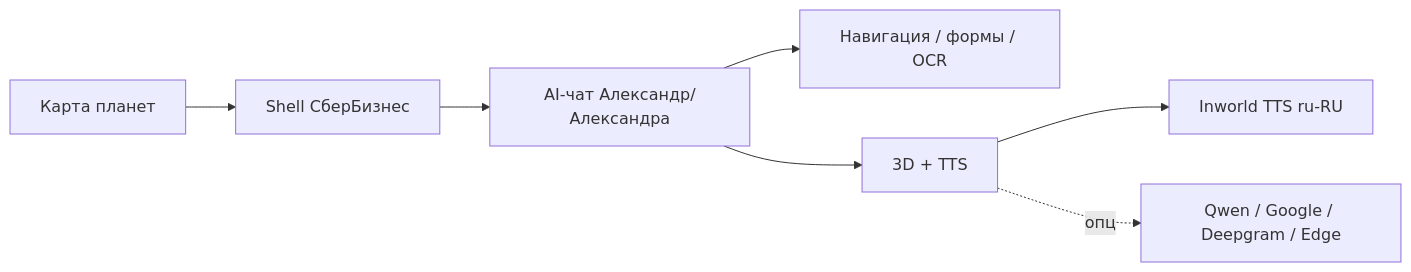
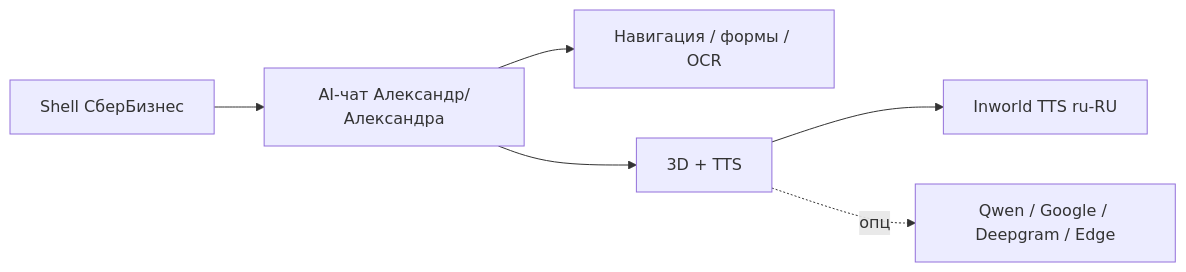
The diagram in docs/README.md (grrraaaa/mvp), drawn with Mermaid before and after one commit. The commit also changed other lines of this file and 28 other files, not shown here.

````diff
--- a/docs/README.md
+++ b/docs/README.md
@@ -34,9 +35,8 @@
 ```mermaid
 flowchart LR
     A[Shell СберБизнес] --> B[AI-чат Александр/Александра]
     B --> C[Навигация / формы / OCR]
     B --> D[3D + TTS]
-    E[Карта планет] --> A
-    D --> F[Inworld TTS ru-RU]
+    D --> F[Inworld TTS ru-RU]                                         
     D -.опц.-> G[Qwen / Google / Deepgram / Edge]
 ```
````
